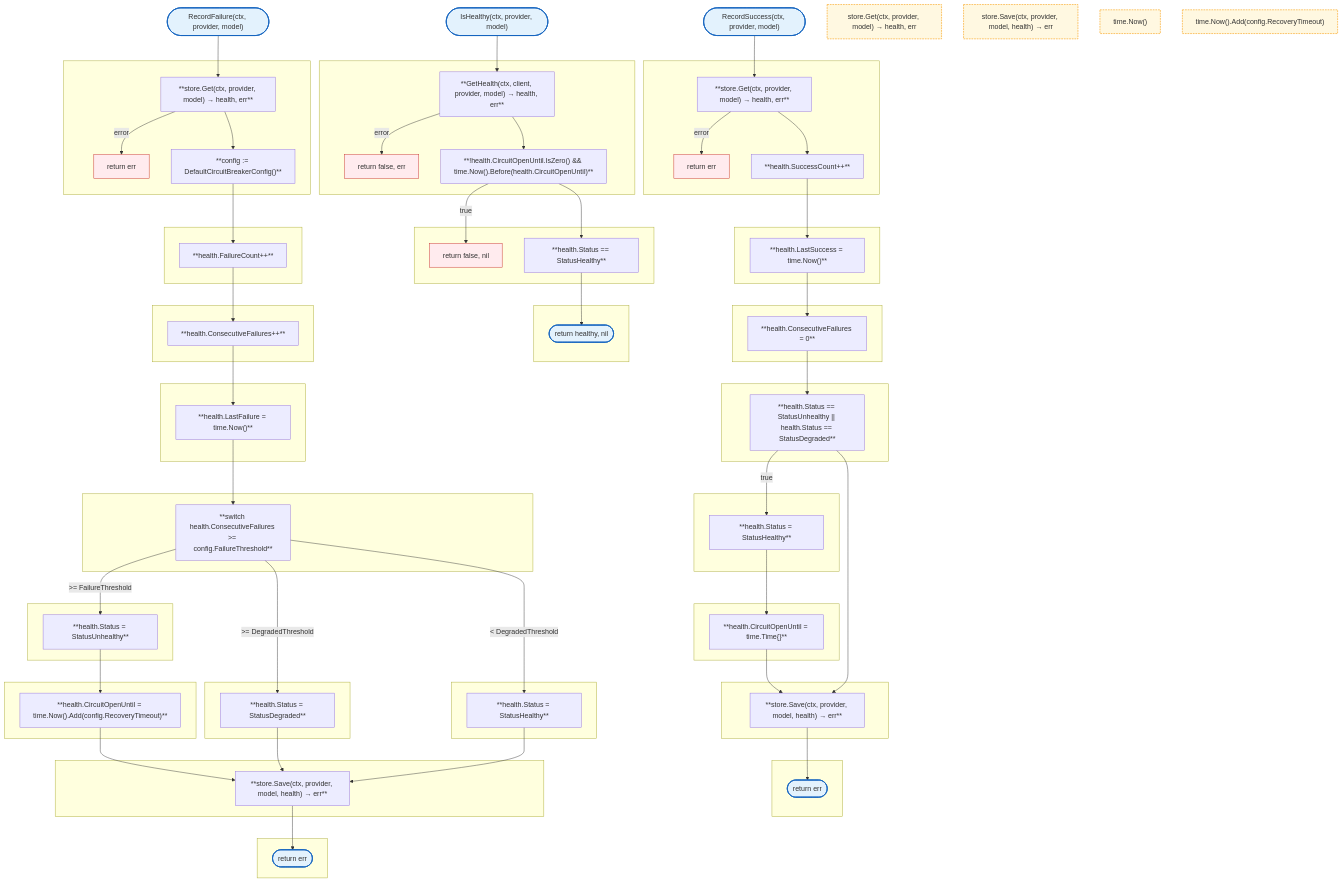
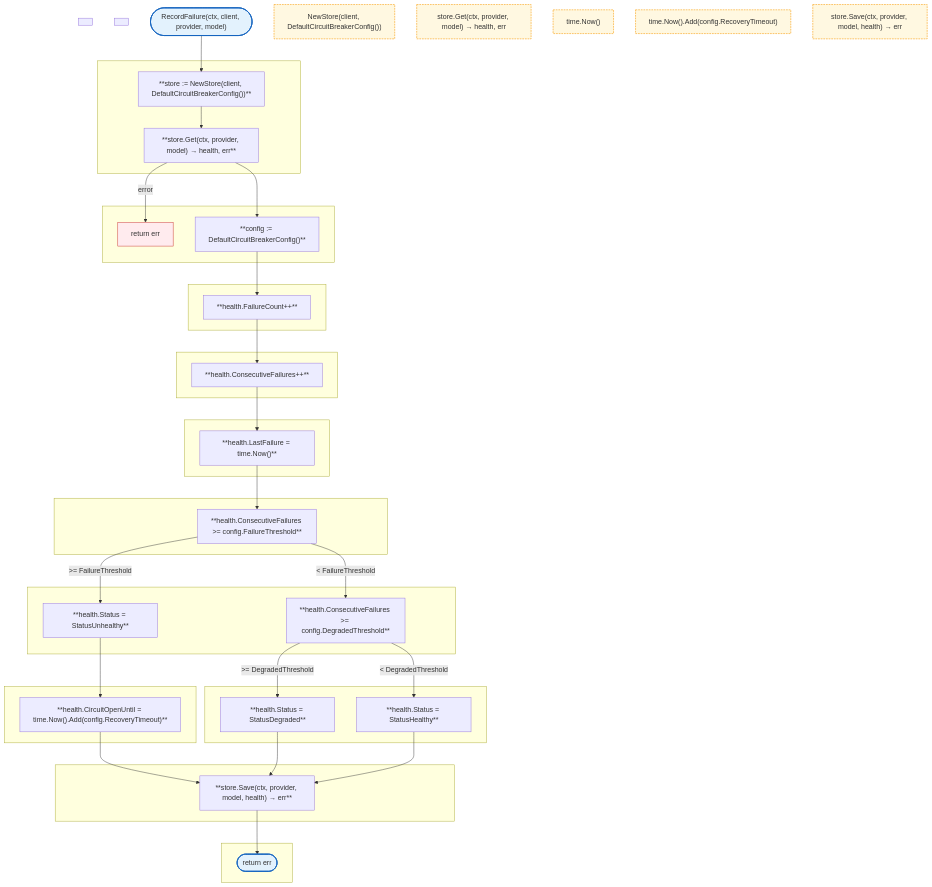
Before and after one commit to radch-ai/ava: the fourth of 15 diagrams in docs/internal/llm-proxy/health.md, drawn with Mermaid. The commit also changed other lines of this file and 23 other files, not shown here.

First line of the commit message:
docs: replace Functions sections with separate flowcharts for each function

````diff
--- a/docs/internal/llm-proxy/health.md
+++ b/docs/internal/llm-proxy/health.md
@@ -7,85 +146,26 @@
 ```mermaid
 flowchart TB
-    Start(["IsHealthy(ctx, provider, model)"]) --> HGetHealth
+    Start(["RecordFailure(ctx, client, provider, model)"]) --> HNewStore
 
-    subgraph SGGetHealth [" "]
-        HGetHealth["**GetHealth(ctx, client, provider, model) → health, err**"]
-        HGetHealth -->|error| E1["return false, err"]
-        HGetHealth --> HCheckCircuit
+    subgraph SGNewStore [" "]
+        HNewStore["**store := NewStore(client, DefaultCircuitBreakerConfig())**"]
+        HNewStore --> HStoreGet
     end
 
-    subgraph SGCheckCircuit [" "]
-        HCheckCircuit["**!health.CircuitOpenUntil.IsZero() && time.Now().Before(health.CircuitOpenUntil)**"]
-        HCheckCircuit -->|true| E2["return false, nil"]
-        HCheckCircuit --> HCheckStatus
-    end
-
-    subgraph SGCheckStatus [" "]
-        HCheckStatus["**health.Status == StatusHealthy**"]
-        HCheckStatus --> Done(["return healthy, nil"])
-    end
-
-    StartSuccess(["RecordSuccess(ctx, provider, model)"]) --> HGetSuccess
-
-    subgraph SGGetSuccess [" "]
-        HGetSuccess["**store.Get(ctx, provider, model) → health, err**"]
-        HGetSuccess -->|error| E3["return err"]
-        HGetSuccess --> HUpdateSuccess
-    end
-
-    subgraph SGUpdateSuccess [" "]
-        HUpdateSuccess["**health.SuccessCount++**"]
-        HUpdateSuccess --> HSetLastSuccess
-    end
-
-    subgraph SGSetLastSuccess [" "]
-        HSetLastSuccess["**health.LastSuccess = time.Now()**"]
-        HSetLastSuccess --> HResetFailures
-    end
-
-    subgraph SGResetFailures [" "]
-        HResetFailures["**health.ConsecutiveFailures = 0**"]
-        HResetFailures --> HCheckStatusSuccess
-    end
-
-    subgraph SGCheckStatusSuccess [" "]
-        HCheckStatusSuccess["**health.Status == StatusUnhealthy || health.Status == StatusDegraded**"]
-        HCheckStatusSuccess -->|true| HSetHealthy
-    end
-
-    subgraph SGSetHealthy [" "]
-        HSetHealthy["**health.Status = StatusHealthy**"]
-        HSetHealthy --> HClearCircuit
-    end
-
-    subgraph SGClearCircuit [" "]
-        HClearCircuit["**health.CircuitOpenUntil = time.Time{}**"]
-        HClearCircuit --> HSaveSuccess
-    end
-
-    subgraph SGSaveSuccess [" "]
-        HSaveSuccess["**store.Save(ctx, provider, model, health) → err**"]
-        HSaveSuccess --> DoneSuccess(["return err"])
-    end
-
-    HCheckStatusSuccess --> HSaveSuccess
-
-    StartFailure(["RecordFailure(ctx, provider, model)"]) --> HGetFailure
-
-    subgraph SGGetFailure [" "]
-        HGetFailure["**store.Get(ctx, provider, model) → health, err**"]
-        HGetFailure -->|error| E4["return err"]
-        HGetFailure --> HGetConfig
+    subgraph SGStoreGet [" "]
+        HStoreGet["**store.Get(ctx, provider, model) → health, err**"]
+        HStoreGet -->|error| E1["return err"]
+        HStoreGet --> HGetConfig
     end
 
     subgraph SGGetConfig [" "]
         HGetConfig["**config := DefaultCircuitBreakerConfig()**"]
-        HGetConfig --> HUpdateFailure
+        HGetConfig --> HUpdateFailures
     end
 
-    subgraph SGUpdateFailure [" "]
-        HUpdateFailure["**health.FailureCount++**"]
-        HUpdateFailure --> HIncConsecutive
+    subgraph SGUpdateFailures [" "]
+        HUpdateFailures["**health.FailureCount++**"]
+        HUpdateFailures --> HIncConsecutive
     end
 
     subgraph SGIncConsecutive [" "]
@@ -95,12 +175,13 @@
 
     subgraph SGSetLastFailure [" "]
         HSetLastFailure["**health.LastFailure = time.Now()**"]
-        HSetLastFailure --> HSwitchStatus
+        HSetLastFailure --> HCheckThreshold
     end
 
-    subgraph SGSwitchStatus [" "]
-        HSwitchStatus["**switch health.ConsecutiveFailures >= config.FailureThreshold**"]
-        HSwitchStatus -->|>= FailureThreshold| HSetUnhealthy
+    subgraph SGCheckThreshold [" "]
+        HCheckThreshold["**health.ConsecutiveFailures >= config.FailureThreshold**"]
+        HCheckThreshold -->|>= FailureThreshold| HSetUnhealthy
+        HCheckThreshold -->|< FailureThreshold| HCheckDegraded
     end
 
     subgraph SGSetUnhealthy [" "]
@@ -110,42 +191,47 @@
 
     subgraph SGSetCircuitOpen [" "]
         HSetCircuitOpen["**health.CircuitOpenUntil = time.Now().Add(config.RecoveryTimeout)**"]
-        HSetCircuitOpen --> HSaveFailure
+        HSetCircuitOpen --> HSave
     end
 
-    HSwitchStatus -->|>= DegradedThreshold| HSetDegraded
-    HSwitchStatus -->|< DegradedThreshold| HSetDefaultHealthy
+    subgraph SGCheckDegraded [" "]
+        HCheckDegraded["**health.ConsecutiveFailures >= config.DegradedThreshold**"]
+        HCheckDegraded -->|>= DegradedThreshold| HSetDegraded
+        HCheckDegraded -->|< DegradedThreshold| HSetHealthy
+    end
 
     subgraph SGSetDegraded [" "]
         HSetDegraded["**health.Status = StatusDegraded**"]
-        HSetDegraded --> HSaveFailure
+        HSetDegraded --> HSave
     end
 
-    subgraph SGSetDefaultHealthy [" "]
-        HSetDefaultHealthy["**health.Status = StatusHealthy**"]
-        HSetDefaultHealthy --> HSaveFailure
+    subgraph SGSetHealthy [" "]
+        HSetHealthy["**health.Status = StatusHealthy**"]
+        HSetHealthy --> HSave
     end
 
-    subgraph SGSaveFailure [" "]
-        HSaveFailure["**store.Save(ctx, provider, model, health) → err**"]
-        HSaveFailure --> DoneFailure(["return err"])
+    subgraph SGSave [" "]
+        HSave["**store.Save(ctx, provider, model, health) → err**"]
+        HSave --> Return(["return err"])
     end
 
-    GetHealth["store.Get(ctx, provider, model) → health, err"]
-    SaveHealth["store.Save(ctx, provider, model, health) → err"]
+    NewStore["NewStore(client, DefaultCircuitBreakerConfig())"]
+    StoreGet["store.Get(ctx, provider, model) → health, err"]
     Now["time.Now()"]
     AddTimeout["time.Now().Add(config.RecoveryTimeout)"]
+    StoreSave["store.Save(ctx, provider, model, health) → err"]
 
-    click GetHealth href "https://pkg.go.dev/github.com/redis/go-redis/v9#Client.Get"
-    click SaveHealth href "https://pkg.go.dev/github.com/redis/go-redis/v9#Client.Set"
+    click NewStore href "#newstore"
+    click StoreGet href "#store-get"
     click Now href "https://pkg.go.dev/time#Now"
     click AddTimeout href "https://pkg.go.dev/time#Time.Add"
+    click StoreSave href "#store-save"
 
     classDef mainFn fill:#e3f2fd,stroke:#1565c0,stroke-width:2px
     classDef localPkgs fill:#fff8e1,stroke:#f9a825,stroke-width:1.5px,stroke-dasharray:4 2
     classDef errorFlow fill:#ffebee,stroke:#c62828,stroke-width:1px
 
-    class Start,Done,StartSuccess,DoneSuccess,StartFailure,DoneFailure mainFn
-    class GetHealth,SaveHealth,Now,AddTimeout localPkgs
-    class E1,E2,E3,E4 errorFlow
+    class Start,Return mainFn
+    class NewStore,StoreGet,Now,AddTimeout,StoreSave localPkgs
+    class E1 errorFlow
 ```
````
